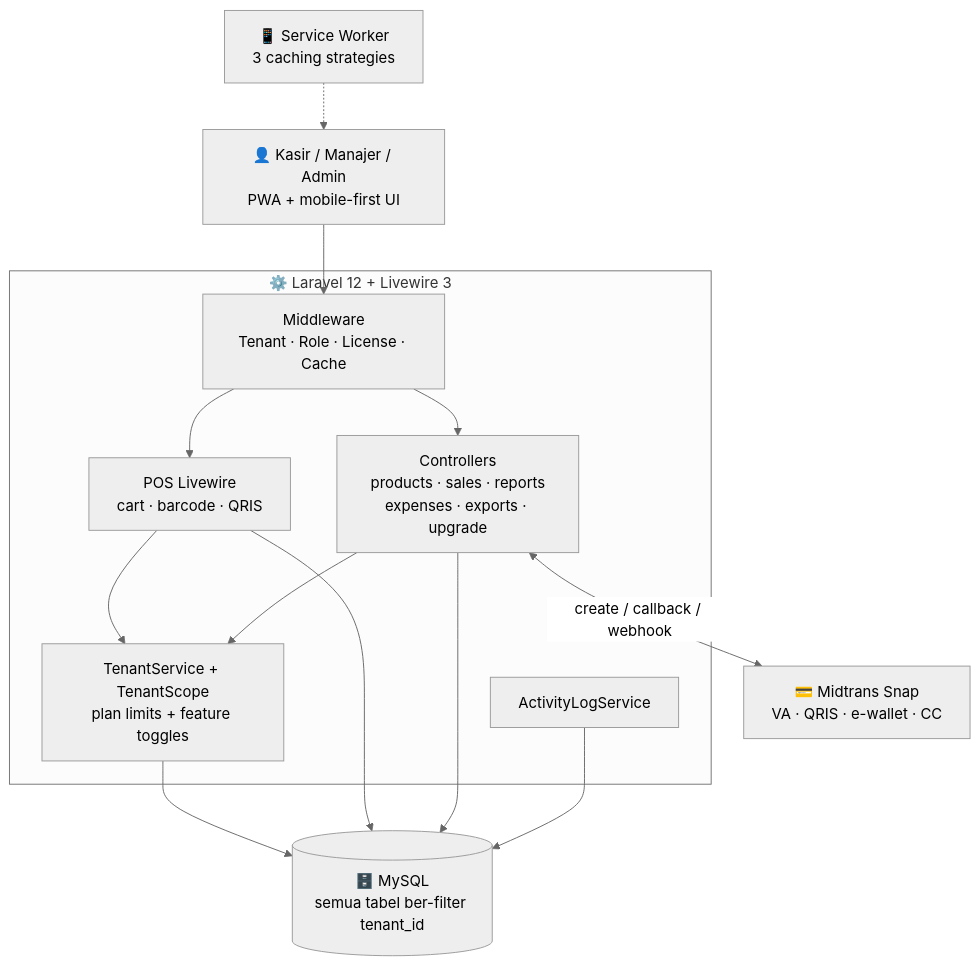
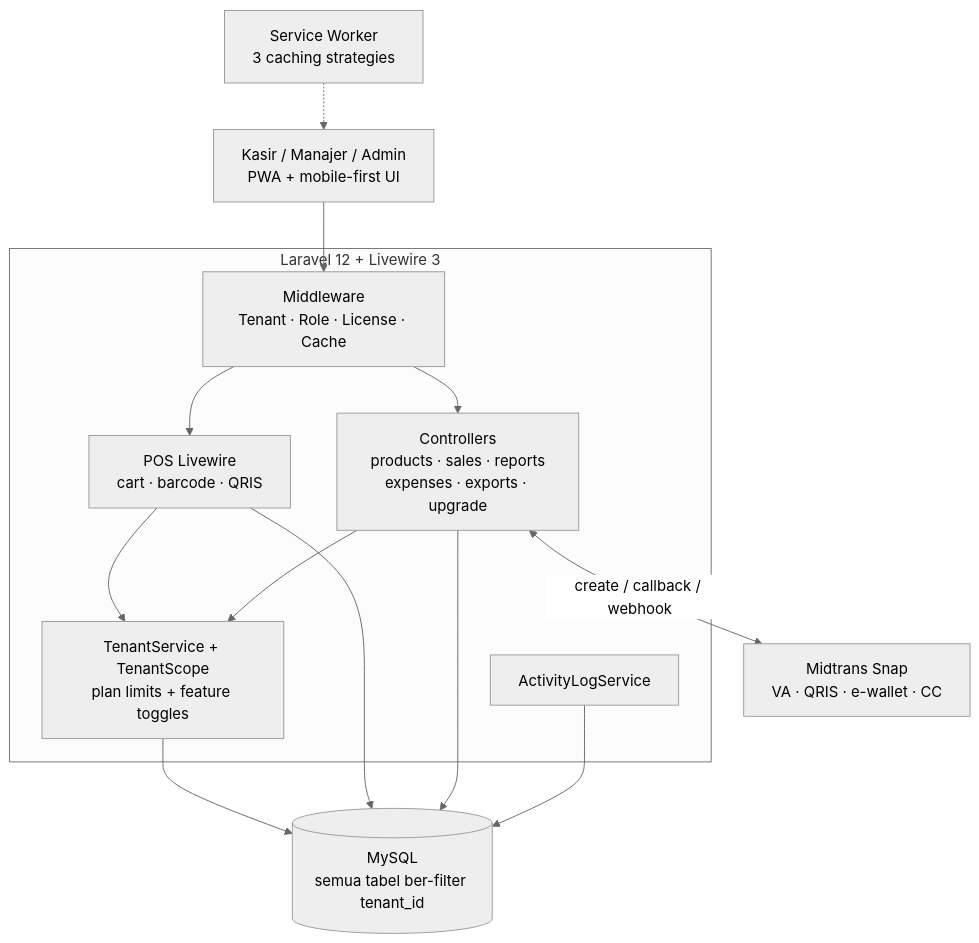
Before and after one commit to kandarlubis31/salesmanager-showcase: the diagram in README.md, drawn with Mermaid (neutral theme). The commit also changed other lines of this file, not shown here.

````diff
--- a/README.md
+++ b/README.md
@@ -61,21 +61,21 @@
 ```mermaid
 flowchart TB
-    U["👤 Kasir / Manajer / Admin<br/>PWA + mobile-first UI"]
-    subgraph L["⚙️ Laravel 12 + Livewire 3"]
+    U[" Kasir / Manajer / Admin<br/>PWA + mobile-first UI"]
+    subgraph L[" Laravel 12 + Livewire 3"]
         MW["Middleware<br/>Tenant · Role · License · Cache"]
         POS["POS Livewire<br/>cart · barcode · QRIS"]
         CTL["Controllers<br/>products · sales · reports<br/>expenses · exports · upgrade"]
         TL["TenantService + TenantScope<br/>plan limits + feature toggles"]
         LOG["ActivityLogService"]
     end
-    DB[("🗄️ MySQL<br/>semua tabel ber-filter tenant_id")]
-    PAY["💳 Midtrans Snap<br/>VA · QRIS · e-wallet · CC"]
-    SW["📱 Service Worker<br/>3 caching strategies"]
+    DB[(" MySQL<br/>semua tabel ber-filter tenant_id")]
+    PAY[" Midtrans Snap<br/>VA · QRIS · e-wallet · CC"]
+    SW[" Service Worker<br/>3 caching strategies"]
     U --> MW
     MW --> POS & CTL
     POS & CTL --> TL
     TL & POS & CTL --> DB
     CTL <-->|"create / callback / webhook"| PAY
     SW -.-> U
     LOG --> DB
 ```
````
